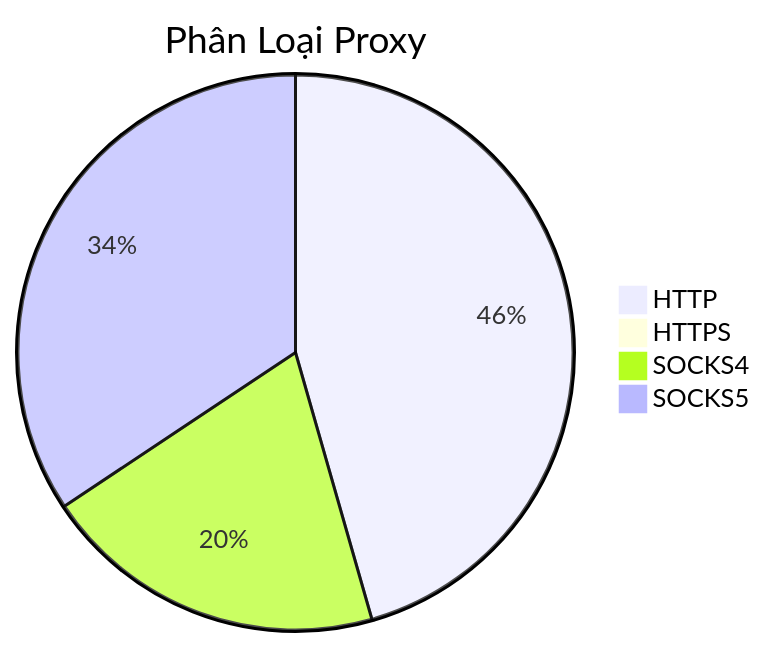
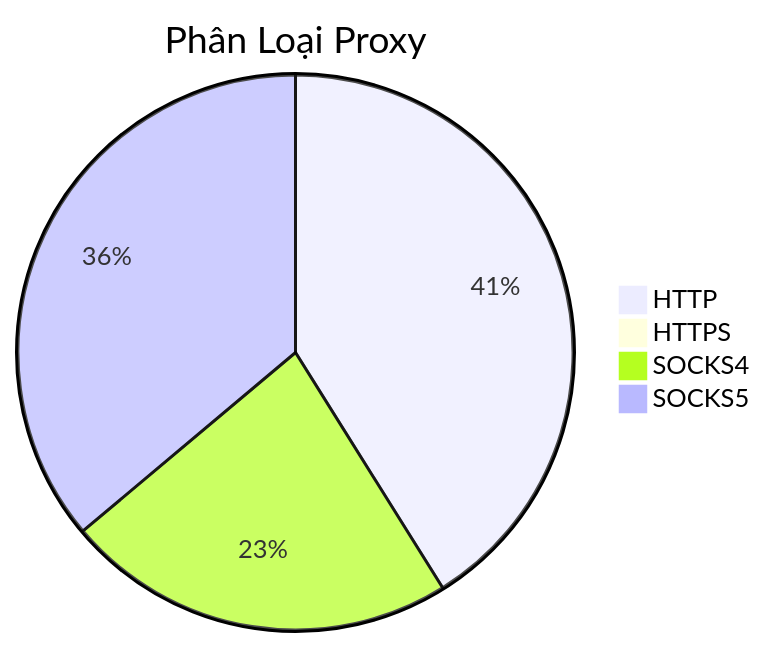
Before and after one commit to Ciara-12/PROXY-free: the diagram in README.md, drawn with Mermaid. The commit also changed other lines of this file and 4 other files, not shown here.

````diff
--- a/README.md
+++ b/README.md
@@ -26,7 +26,7 @@
 ```mermaid
 pie title Phân Loại Proxy
-    "HTTP" : 544
-    "HTTPS" : 1
-    "SOCKS4" : 240
-    "SOCKS5" : 410
+    "HTTP" : 379
+    "HTTPS" : 2
+    "SOCKS4" : 210
+    "SOCKS5" : 333
 ```
````
